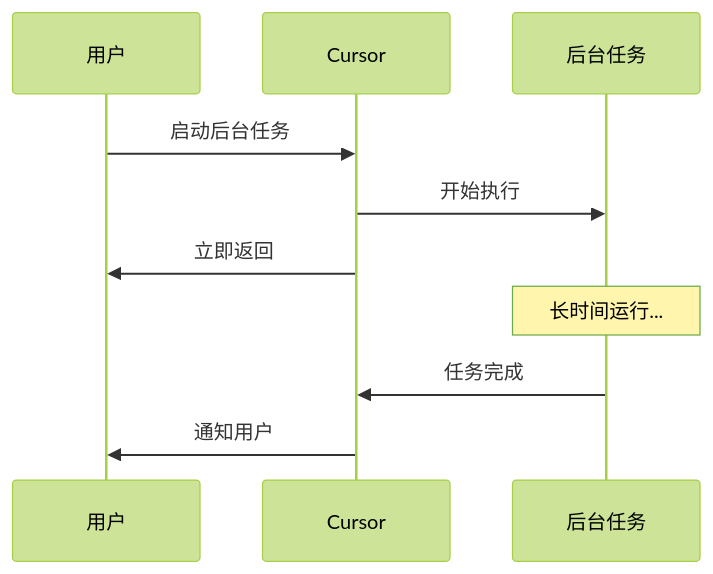
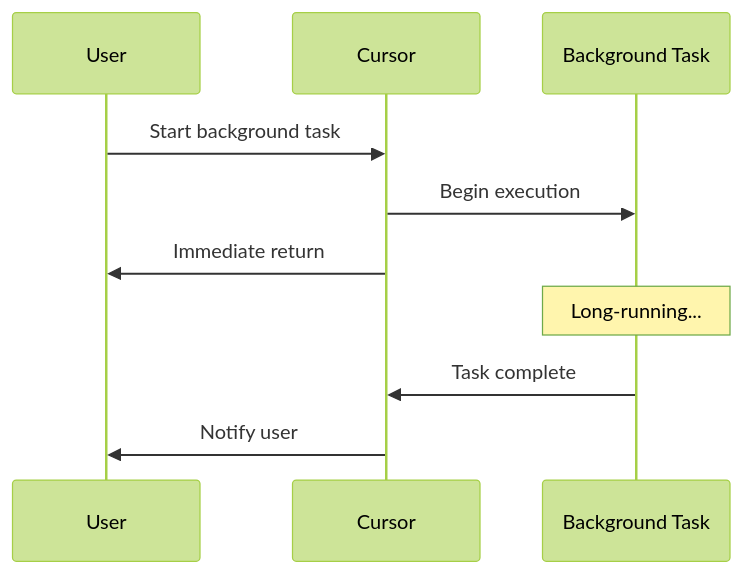
The fourth of 5 diagrams in 07-advanced-features/README.md (DDR187/cursor-howto), drawn with Mermaid (forest theme) before and after one commit. The commit also changed other lines of this file and 22 other files, not shown here.

````diff
--- a/07-advanced-features/README.md
+++ b/07-advanced-features/README.md
@@ -178,15 +178,15 @@
 ```mermaid
 sequenceDiagram
-    participant U as 用户
+    participant U as User
     participant C as Cursor
-    participant BG as 后台任务
+    participant BG as Background Task
     
-    U->>C: 启动后台任务
-    C->>BG: 开始执行
-    C->>U: 立即返回
+    U->>C: Start background task
+    C->>BG: Begin execution
+    C->>U: Immediate return
     
-    Note over BG: 长时间运行...
+    Note over BG: Long-running...
     
-    BG->>C: 任务完成
-    C->>U: 通知用户
+    BG->>C: Task complete
+    C->>U: Notify user
 ```
````
